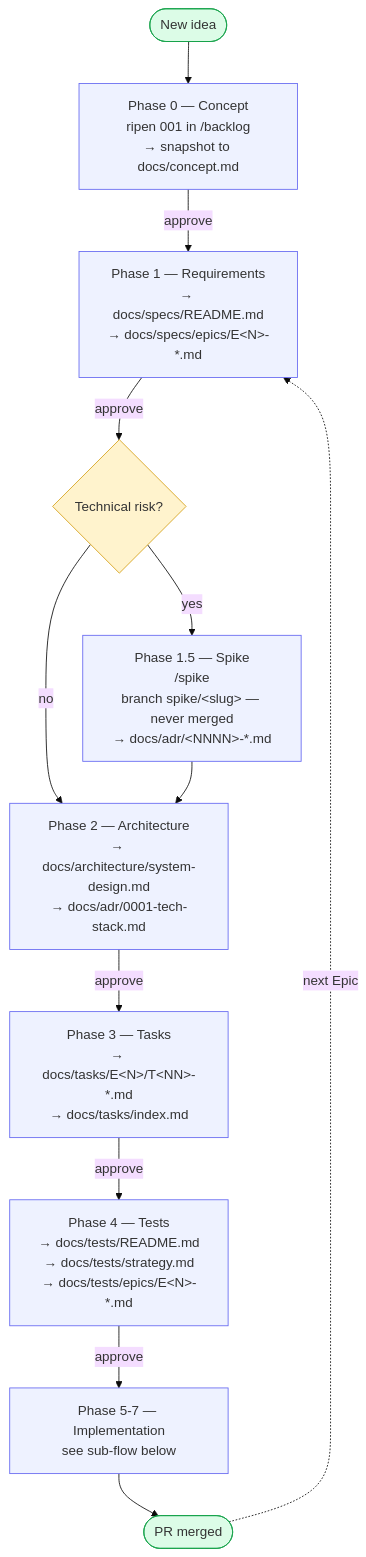
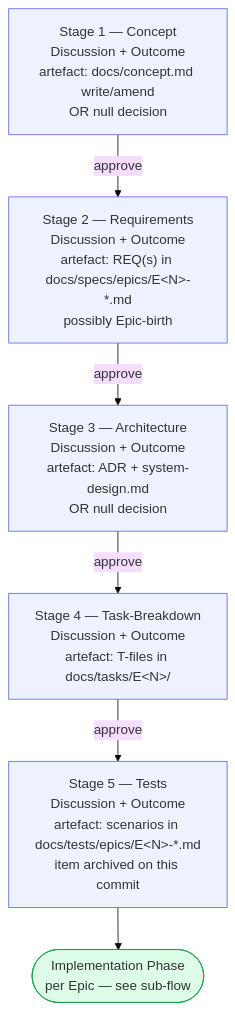
One commit to mthoatgit/project-template changed the second of 5 diagrams in docs/workflow-overview.md. Above: the diagram before and after it, drawn with Mermaid (base theme). The commit also changed other lines of this file and 7 other files, not shown here.

````diff
--- a/docs/workflow-overview.md
+++ b/docs/workflow-overview.md
@@ -11,27 +43,15 @@
 ```mermaid
 flowchart TD
-    Idea(["New idea"]) --> Concept
-    Concept["Phase 0 — Concept<br/>ripen 001 in /backlog<br/>→ snapshot to docs/concept.md"]
-    Concept -->|approve| Requirements
-    Requirements["Phase 1 — Requirements<br/>→ docs/specs/README.md<br/>→ docs/specs/epics/E&lt;N&gt;-*.md"]
-    Requirements -->|approve| RiskCheck{"Technical risk?"}
-    RiskCheck -->|yes| Spike["Phase 1.5 — Spike<br/>/spike<br/>branch spike/&lt;slug&gt; — never merged<br/>→ docs/adr/&lt;NNNN&gt;-*.md"]
-    RiskCheck -->|no| Architecture
-    Spike --> Architecture
-    Architecture["Phase 2 — Architecture<br/>→ docs/architecture/system-design.md<br/>→ docs/adr/0001-tech-stack.md"]
-    Architecture -->|approve| Tasks
-    Tasks["Phase 3 — Tasks<br/>→ docs/tasks/E&lt;N&gt;/T&lt;NN&gt;-*.md<br/>→ docs/tasks/index.md"]
-    Tasks -->|approve| Tests
-    Tests["Phase 4 — Tests<br/>→ docs/tests/README.md<br/>→ docs/tests/strategy.md<br/>→ docs/tests/epics/E&lt;N&gt;-*.md"]
-    Tests -->|approve| Implementation
-    Implementation["Phase 5-7 — Implementation<br/>see sub-flow below"]
-    Implementation --> Merged(["PR merged"])
-    Merged -.->|next Epic| Requirements
+    S1["Stage 1 — Concept<br/>Discussion + Outcome<br/>artefact: docs/concept.md write/amend<br/>OR null decision"]
+    S1 -->|approve| S2["Stage 2 — Requirements<br/>Discussion + Outcome<br/>artefact: REQ(s) in docs/specs/epics/E&lt;N&gt;-*.md<br/>possibly Epic-birth"]
+    S2 -->|approve| S3["Stage 3 — Architecture<br/>Discussion + Outcome<br/>artefact: ADR + system-design.md<br/>OR null decision"]
+    S3 -->|approve| S4["Stage 4 — Task-Breakdown<br/>Discussion + Outcome<br/>artefact: T-files in docs/tasks/E&lt;N&gt;/"]
+    S4 -->|approve| S5["Stage 5 — Tests<br/>Discussion + Outcome<br/>artefact: scenarios in docs/tests/epics/E&lt;N&gt;-*.md<br/>item archived on this commit"]
+    S5 --> Impl(["Implementation Phase<br/>per Epic — see sub-flow"])
 
     classDef gate fill:#fff3cd,stroke:#d4a017,color:#333;
     classDef doc fill:#eef2ff,stroke:#6366f1,color:#333;
     classDef terminal fill:#dcfce7,stroke:#16a34a,color:#333;
-    class RiskCheck gate;
-    class Concept,Requirements,Spike,Architecture,Tasks,Tests,Implementation doc;
-    class Idea,Merged terminal;
+    class S1,S2,S3,S4,S5 doc;
+    class Impl terminal;
 ```
````
